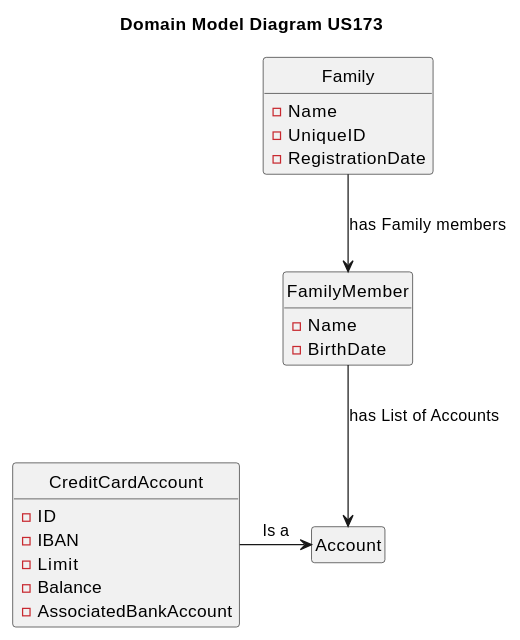
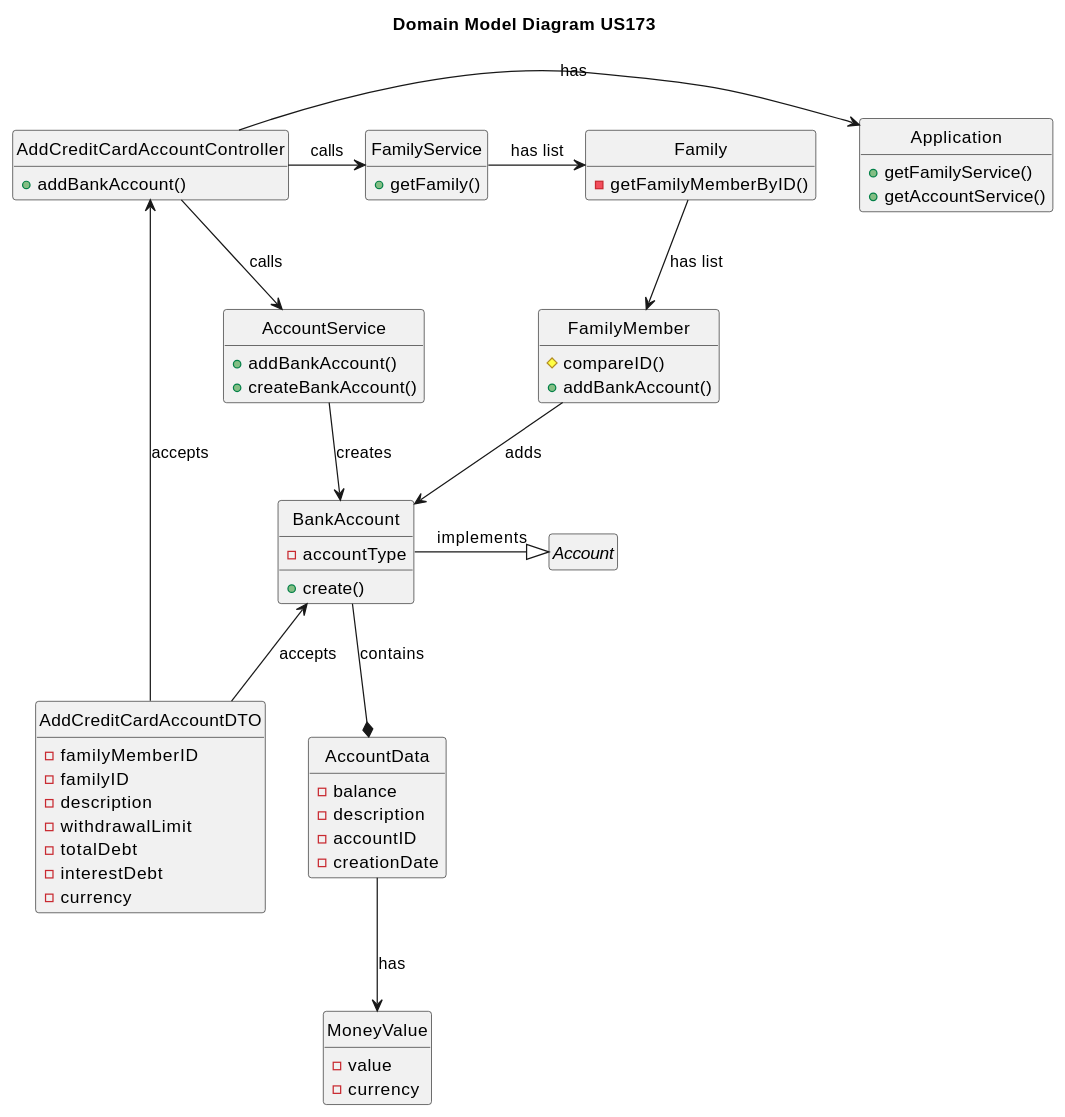
The second of 4 diagrams in docs/sprint2/user_stories/US173_AddCreditCardAccount.md (tomas-osswald/switch_2020_g3), drawn with PlantUML before and after one commit. The commit also changed other lines of this file and 6 other files, not shown here.

````diff
--- a/docs/sprint2/user_stories/US173_AddCreditCardAccount.md
+++ b/docs/sprint2/user_stories/US173_AddCreditCardAccount.md
@@ -66,33 +73,72 @@
 ```puml
 hide empty members
 hide circle
 title Domain Model Diagram US173
 
+class AddCreditCardAccountDTO{
+  - familyMemberID
+  - familyID
+  - description
+  - withdrawalLimit
+  - totalDebt
+  - interestDebt
+  - currency
+}
+class AddCreditCardAccountController {
+  + addBankAccount()
+}
+
+class Application {
+  + getFamilyService() 
+  + getAccountService()
+}
+
+class FamilyService {
+  + getFamily()
+}
+
 class Family {
-- Name
-- UniqueID
-- RegistrationDate
-
+  - getFamilyMemberByID() 
 }
 
 class FamilyMember {
-- Name
-- BirthDate
+  # compareID()
+  + addBankAccount()
+  
 }
 
-class Account {
-
+class AccountService {
+  + addBankAccount()
+  + createBankAccount()
+}
+class BankAccount {
+  - accountType
+  + create()
 }
 
-class CreditCardAccount{
-- ID
-- IBAN
-- Limit
-- Balance
-- AssociatedBankAccount
+interface Account{
+}
+class AccountData {
+  - balance
+  - description
+  - accountID
+  - creationDate
+}
+class MoneyValue {
+  - value
+  - currency
 }
 
-Family -down-> FamilyMember : has Family members
-FamilyMember -down-> Account  : has List of Accounts
-CreditCardAccount -> Account : Is a
+AddCreditCardAccountController -> Application: has
+AddCreditCardAccountController <-- AddCreditCardAccountDTO: accepts
+AddCreditCardAccountController -> FamilyService: calls
+FamilyService -> Family: has list
+Family --> FamilyMember: has list
+AddCreditCardAccountController --> AccountService: calls
+AccountService --> BankAccount: creates
+BankAccount -|> Account: implements
+BankAccount <-- AddCreditCardAccountDTO: accepts
+FamilyMember --> BankAccount: adds
+BankAccount --* AccountData: contains
+AccountData --> MoneyValue: has
 ```
````
